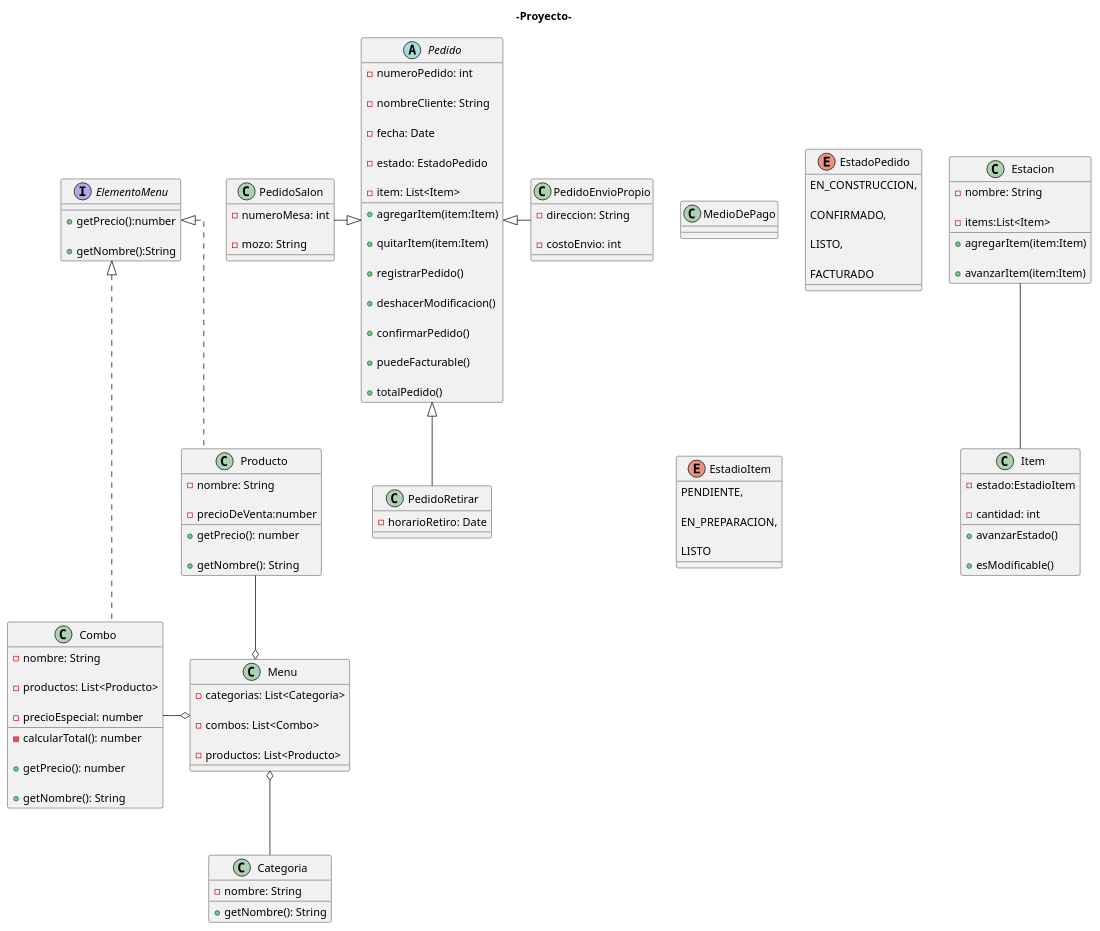
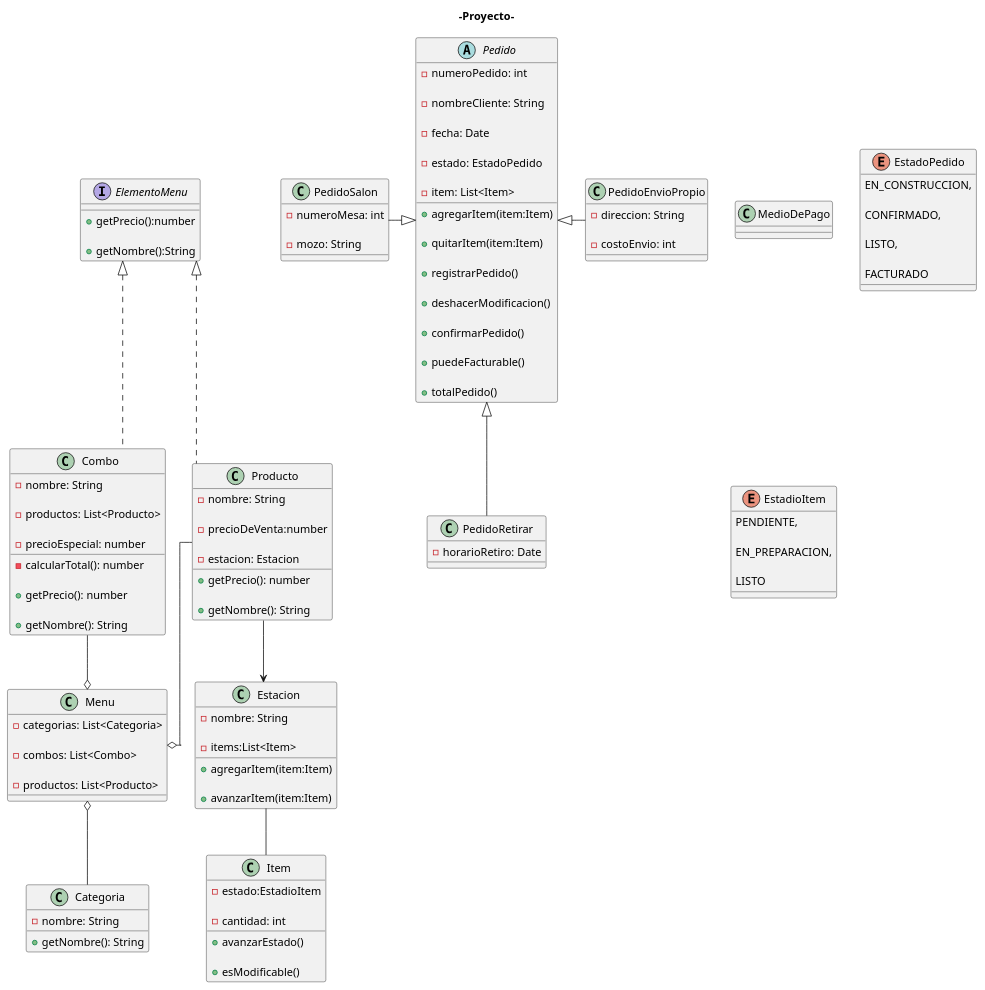
One commit to JuanJauregui2014/Tp-cuatrimestral-programacion-II changed the diagram in diagramas/diagramas.puml. Above: the diagram before and after it, drawn with PlantUML.

Commit message:
Producto -Estacion
agrego relacion Producto - Estacion : cada producto sabe que estacion lo prepara?
Agrego atributo estacion a clase Producto

```diff
--- a/diagramas/diagramas.puml
+++ b/diagramas/diagramas.puml
@@ -90,7 +90,7 @@
 
     -precioDeVenta:number
 
-
+    -estacion: Estacion
 
     +getPrecio(): number
 
@@ -206,4 +206,6 @@
 
 'Item --> ElementoMenu
 
+Producto --> Estacion 
+
 @enduml
```
